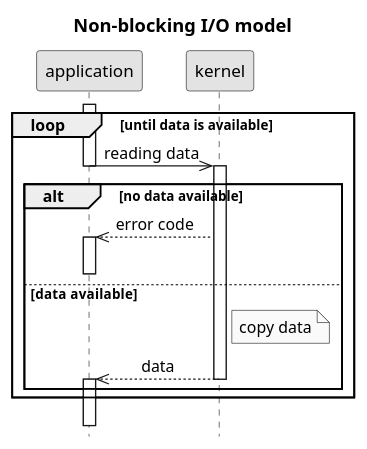
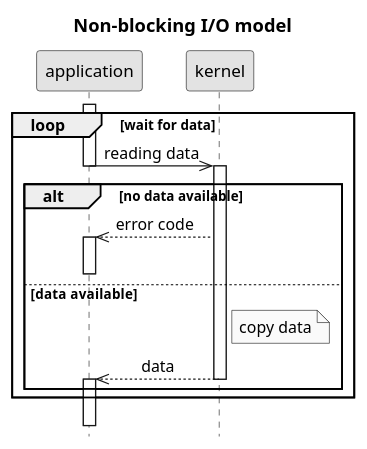
One commit to c0p4c4b4n4/demo-sockets-io-nio-nio2 changed the diagram in .images/non-blocking IO model.puml. Above: the diagram before and after it, drawn with PlantUML. The commit also changed 2 other files, not shown here.

```diff
--- a/.images/non-blocking IO model.puml
+++ b/.images/non-blocking IO model.puml
@@ -1,25 +1,25 @@
 @startuml
 title Non-blocking I/O model
 hide footbox
 skinparam monochrome true
 skinparam defaultFontName Microsoft Sans Serif
 skinparam titleFontSize 15
 skinparam sequenceMessageAlign center
 activate application
-loop until data is available
+loop wait for data
     application->>kernel: reading data
     deactivate application
     activate kernel
     alt no data available
         kernel-->>application: error code
         activate application
         deactivate application
     else data  available
         Note right of kernel: copy data
         kernel-->>application: data
         deactivate kernel
         activate application
     end
 end
 ||15||
 @enduml
```
